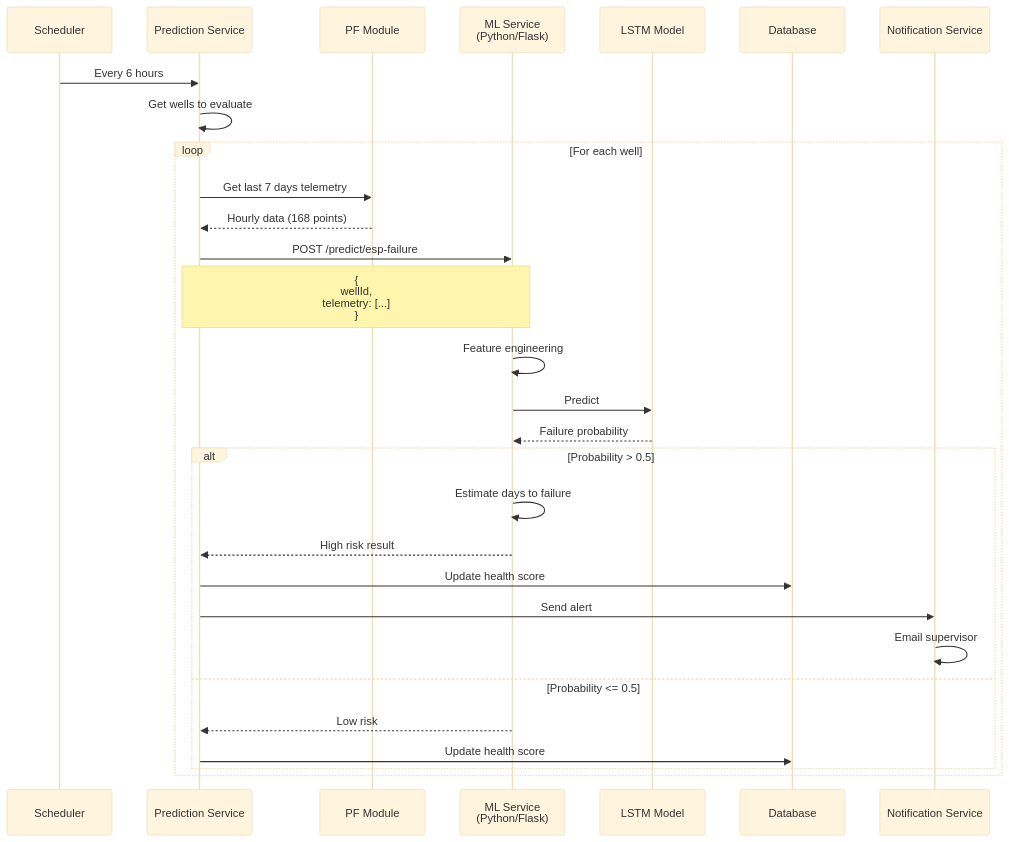
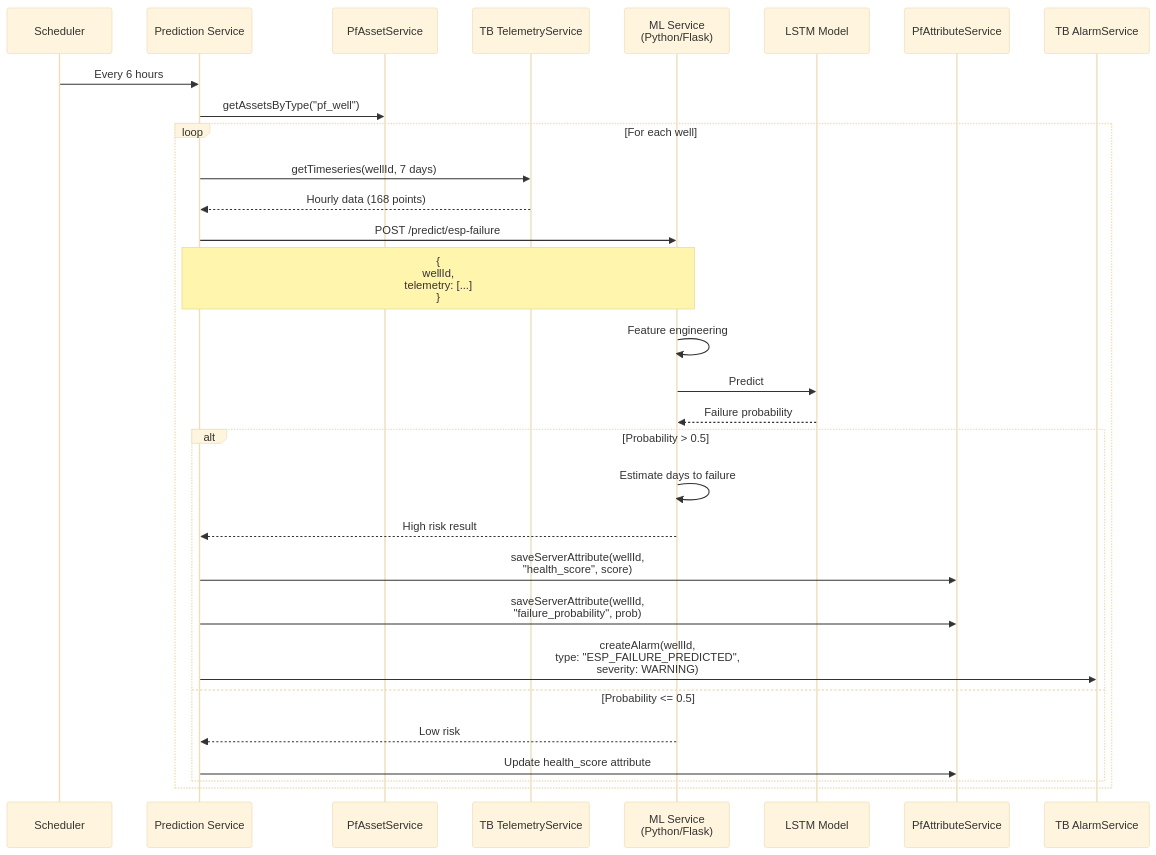
One commit to diazhh/nexus changed diagram 11 of 23 in dev/op/DIAGRAMS.md. Above: the diagram before and after it, drawn with Mermaid (base theme). The commit also changed other lines of this file and 109 other files, not shown here.

````diff
--- a/dev/op/DIAGRAMS.md
+++ b/dev/op/DIAGRAMS.md
@@ -354,36 +573,39 @@
 ```mermaid
 sequenceDiagram
     participant Scheduler as Scheduler
     participant PredService as Prediction Service
-    participant PF as PF Module
+    participant AssetSvc as PfAssetService
+    participant TsSvc as TB TelemetryService
     participant MLService as ML Service<br/>(Python/Flask)
     participant Model as LSTM Model
-    participant DB as Database
-    participant Notification as Notification Service
-    
+    participant AttrSvc as PfAttributeService
+    participant AlarmSvc as TB AlarmService
+
     Scheduler->>PredService: Every 6 hours
-    PredService->>PredService: Get wells to evaluate
-    
+    PredService->>AssetSvc: getAssetsByType("pf_well")
+
     loop For each well
-        PredService->>PF: Get last 7 days telemetry
-        PF-->>PredService: Hourly data (168 points)
-        
+        PredService->>TsSvc: getTimeseries(wellId, 7 days)
+        TsSvc-->>PredService: Hourly data (168 points)
+
         PredService->>MLService: POST /predict/esp-failure
         Note over PredService,MLService: {<br/>  wellId,<br/>  telemetry: [...]<br/>}
-        
+
         MLService->>MLService: Feature engineering
         MLService->>Model: Predict
         Model-->>MLService: Failure probability
-        
+
         alt Probability > 0.5
             MLService->>MLService: Estimate days to failure
             MLService-->>PredService: High risk result
-            PredService->>DB: Update health score
-            PredService->>Notification: Send alert
-            Notification->>Notification: Email supervisor
+
+            PredService->>AttrSvc: saveServerAttribute(wellId,<br/>"health_score", score)
+            PredService->>AttrSvc: saveServerAttribute(wellId,<br/>"failure_probability", prob)
+
+            PredService->>AlarmSvc: createAlarm(wellId,<br/>type: "ESP_FAILURE_PREDICTED",<br/>severity: WARNING)
         else Probability <= 0.5
             MLService-->>PredService: Low risk
-            PredService->>DB: Update health score
+            PredService->>AttrSvc: Update health_score attribute
         end
     end
 ```
````
